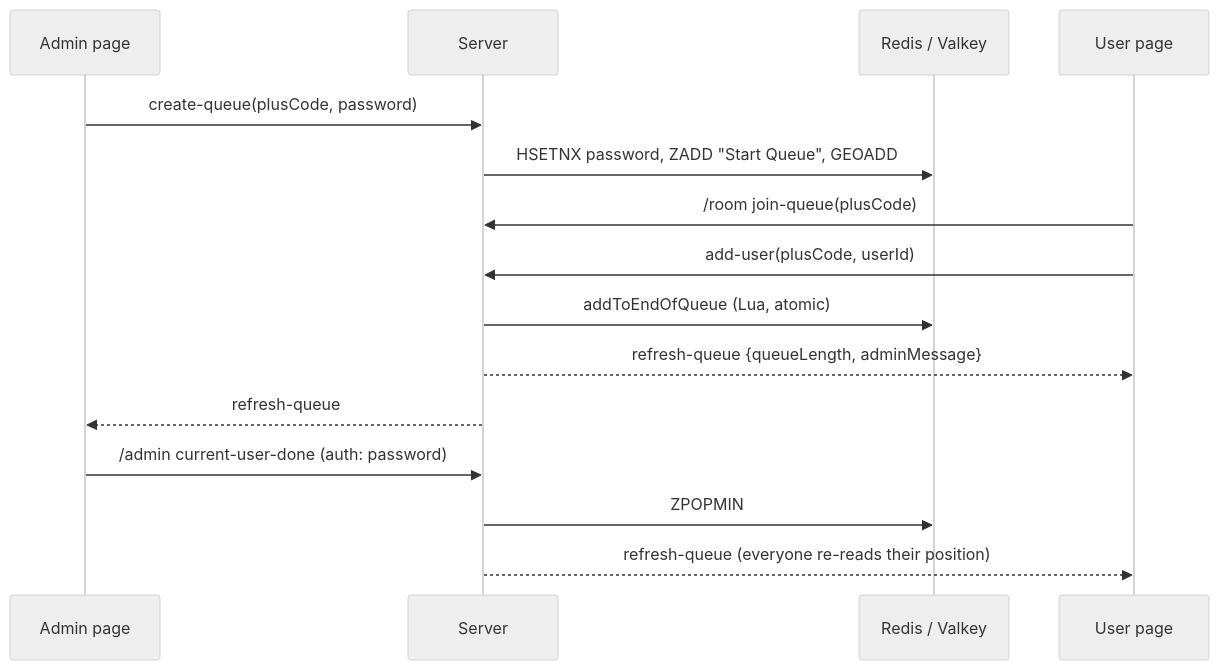
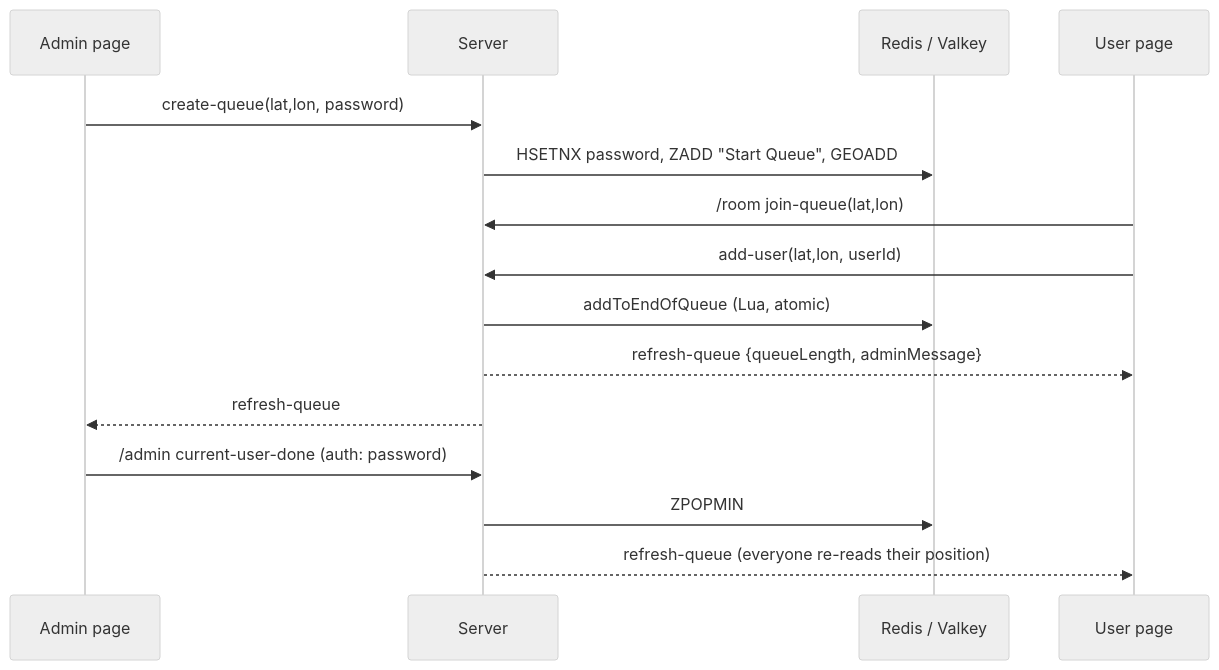
The diagram in README.md (barakplasma/in-person-queue), drawn with Mermaid (neutral theme) before and after one commit. The commit also changed other lines of this file and 12 other files, not shown here.

First line of the commit message:
Replace plus codes with plain lat,lon

````diff
--- a/README.md
+++ b/README.md
@@ -128,17 +128,17 @@
 ```mermaid
 sequenceDiagram
   participant A as Admin page
   participant S as Server
   participant R as Redis / Valkey
   participant U as User page
-  A->>S: create-queue(plusCode, password)
+  A->>S: create-queue(lat,lon, password)
   S->>R: HSETNX password, ZADD "Start Queue", GEOADD
-  U->>S: /room join-queue(plusCode)
-  U->>S: add-user(plusCode, userId)
+  U->>S: /room join-queue(lat,lon)
+  U->>S: add-user(lat,lon, userId)
   S->>R: addToEndOfQueue (Lua, atomic)
   S-->>U: refresh-queue {queueLength, adminMessage}
   S-->>A: refresh-queue
   A->>S: /admin current-user-done (auth: password)
   S->>R: ZPOPMIN
   S-->>U: refresh-queue (everyone re-reads their position)
 ```
````
